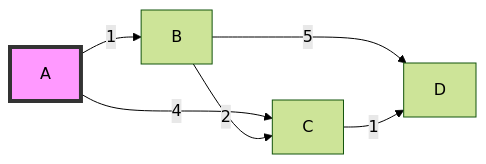
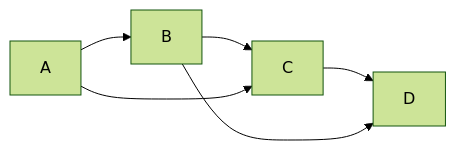
One commit to fanquanpp/MyNotebook changed the fourth of 4 diagrams in 03-Python/README.md. Above: the diagram before and after it, drawn with Mermaid (forest theme). The commit also changed other lines of this file and 3 other files, not shown here.

````diff
--- a/03-Python/README.md
+++ b/03-Python/README.md
@@ -338,9 +323,6 @@
 ```mermaid
 graph LR
-    A -- 1 --> B
-    A -- 4 --> C
-    B -- 2 --> C
-    B -- 5 --> D
-    C -- 1 --> D
-    style A fill:#f9f,stroke:#333,stroke-width:4px
+    A --> B --> C --> D
+    A --> C
+    B --> D
 ```
````
